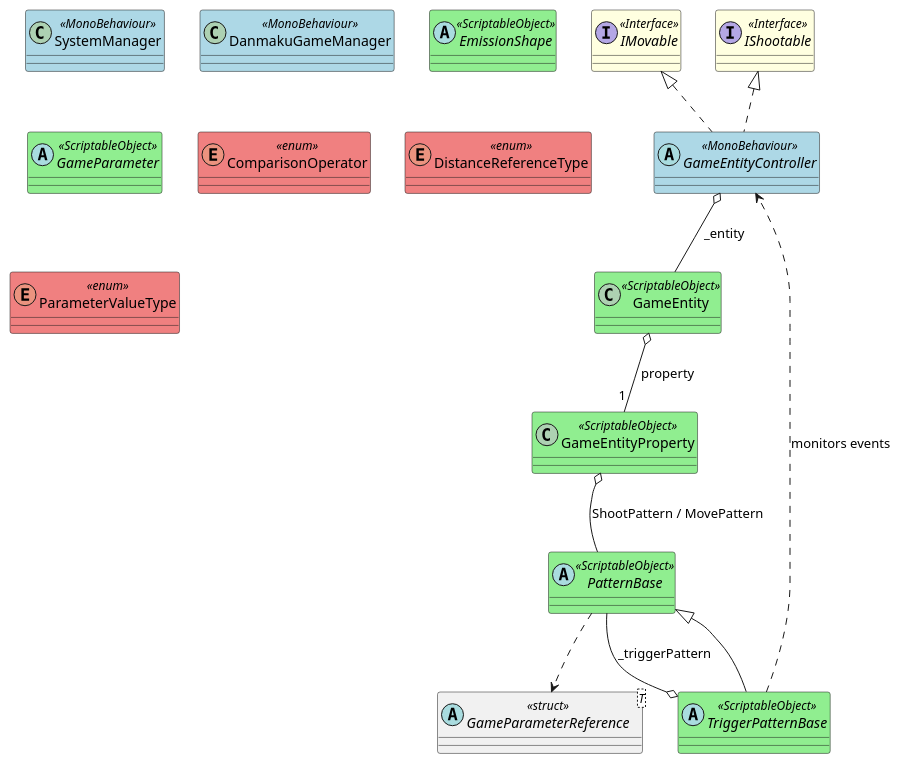
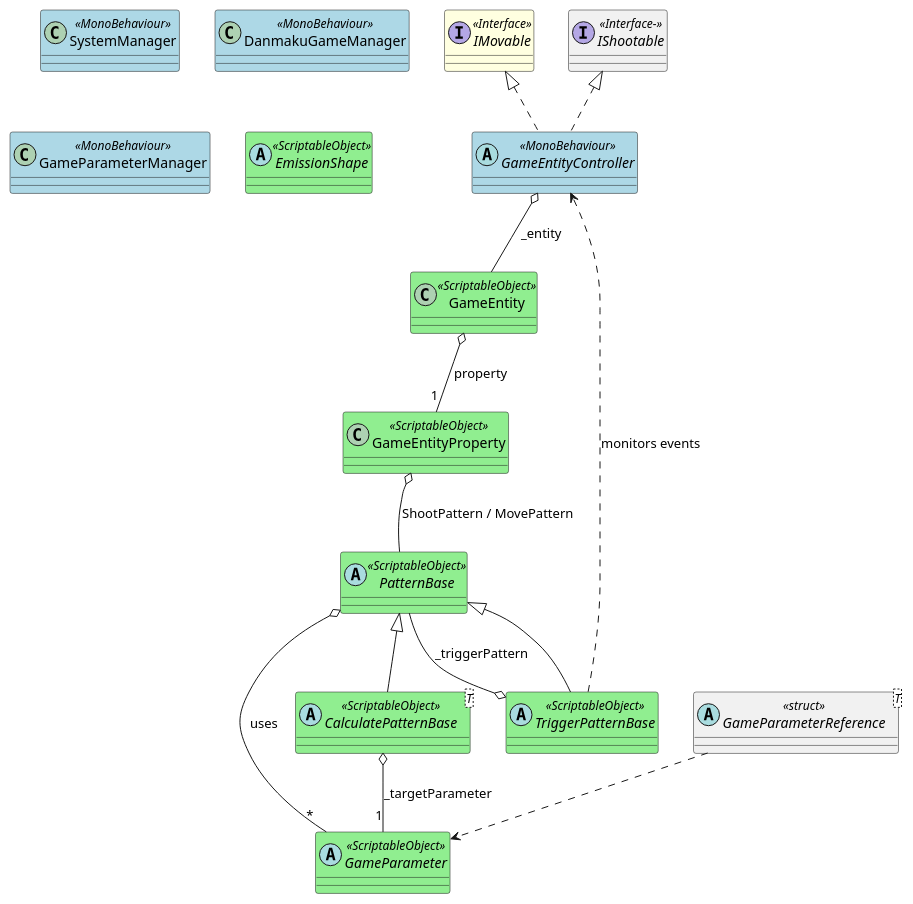
The diagram in CurrentClassDiagram_01_Core.puml (himitu-da/Touhou-Spell-Up), drawn with PlantUML before and after one commit. The commit also changed 158 other files, not shown here.

```diff
--- a/CurrentClassDiagram_01_Core.puml
+++ b/CurrentClassDiagram_01_Core.puml
@@ -1,47 +1,47 @@
 @startuml ClassDiagram_01_Core
-' v0.1.13 - TriggerPatternシステム追加
+' v0.1.15 - パターン実行条件、計算パターン、内部角度管理の追加
 ' ステレオタイプの色設定
 skinparam class {
     BackgroundColor<<MonoBehaviour>> LightBlue
     BackgroundColor<<ScriptableObject>> LightGreen
     BackgroundColor<<Interface>> LightYellow
     BackgroundColor<<enum>> LightCoral
 }
 
 ' --- Interfaces ---
 interface IMovable <<Interface>>
-interface IShootable <<Interface>>
+interface IShootable <<Interface->>
 
 ' --- Managers ---
 class SystemManager <<MonoBehaviour>>
 class DanmakuGameManager <<MonoBehaviour>>
+class GameParameterManager <<MonoBehaviour>>
 
 ' --- Core Abstract Classes ---
 abstract class GameEntityController <<MonoBehaviour>>
 class GameEntity <<ScriptableObject>>
 class GameEntityProperty <<ScriptableObject>>
 abstract class PatternBase <<ScriptableObject>>
 abstract class TriggerPatternBase <<ScriptableObject>>
+abstract class "CalculatePatternBase<T>" as CalculatePatternBase_T <<ScriptableObject>>
 abstract class EmissionShape <<ScriptableObject>>
 abstract class GameParameter <<ScriptableObject>>
 abstract class "GameParameterReference<T>" as GameParameterReference_T <<struct>>
-
-' --- Enums ---
-enum ComparisonOperator <<enum>>
-enum DistanceReferenceType <<enum>>
-enum ParameterValueType <<enum>>
 
 ' --- 継承関係 ---
 IMovable <|.. GameEntityController
 IShootable <|.. GameEntityController
 PatternBase <|-- TriggerPatternBase
+PatternBase <|-- CalculatePatternBase_T
 
 ' --- 関連 ---
 GameEntityController o-- GameEntity : "_entity"
 GameEntity o-- "1" GameEntityProperty : "property"
 GameEntityProperty o-- PatternBase : "ShootPattern / MovePattern"
-PatternBase ..> GameParameterReference_T
+PatternBase o-- "*" GameParameter : "uses"
 TriggerPatternBase o-- PatternBase : "_triggerPattern"
 TriggerPatternBase ..> GameEntityController : "monitors events"
+CalculatePatternBase_T o-- "1" GameParameter : "_targetParameter"
+GameParameterReference_T ..> GameParameter
 
 @enduml
```
